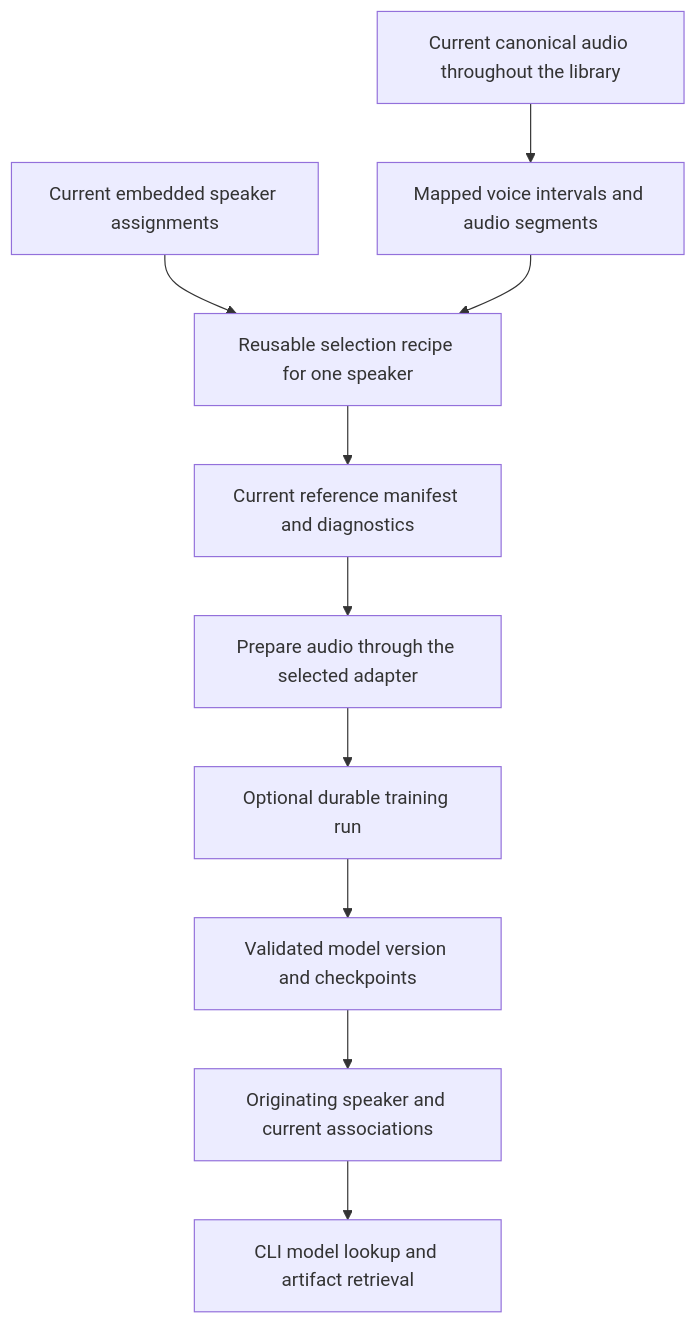
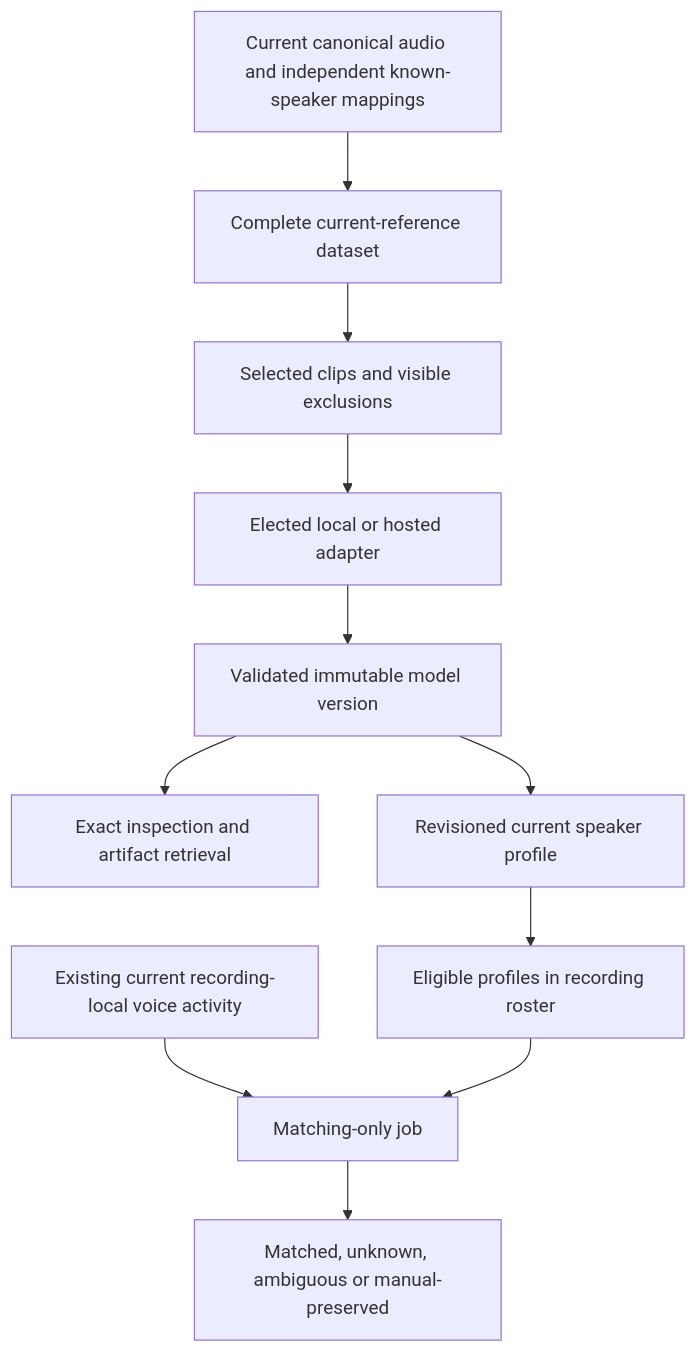
The diagram in docs/v0.0.0/voice-models.md (shruggietech/insonic), drawn with Mermaid before and after one commit. The commit also changed other lines of this file and 119 other files, not shown here.

First line of the commit message:
S013: Speaker models and roster-constrained matching (#39)

````diff
--- a/docs/v0.0.0/voice-models.md
+++ b/docs/v0.0.0/voice-models.md
@@ -9,12 +9,13 @@
 ```mermaid
 flowchart TB
-  Library[Current canonical audio throughout the library] --> Segments[Mapped voice intervals and audio segments]
-  Attribution[Current embedded speaker assignments] --> Select[Reusable selection recipe for one speaker]
-  Segments --> Select
-  Select --> Snapshot[Current reference manifest and diagnostics]
-  Snapshot --> Prepare[Prepare audio through the selected adapter]
-  Prepare --> Run[Optional durable training run]
-  Run --> Version[Validated model version and checkpoints]
-  Version --> Speaker[Originating speaker and current associations]
-  Speaker --> Query[CLI model lookup and artifact retrieval]
+  Evidence[Current canonical audio and independent known-speaker mappings] --> Dataset[Complete current-reference dataset]
+  Dataset --> Prepare[Selected clips and visible exclusions]
+  Prepare --> Elected[Elected local or hosted adapter]
+  Elected --> Output[Validated immutable model version]
+  Output --> Fetch[Exact inspection and artifact retrieval]
+  Output --> Profile[Revisioned current speaker profile]
+  Profile --> Candidates[Eligible profiles in recording roster]
+  Voices[Existing current recording-local voice activity] --> Match[Matching-only job]
+  Candidates --> Match
+  Match --> Decisions[Matched, unknown, ambiguous or manual-preserved]
 ```
````
